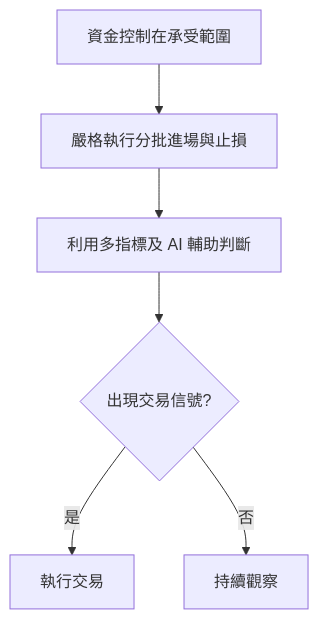
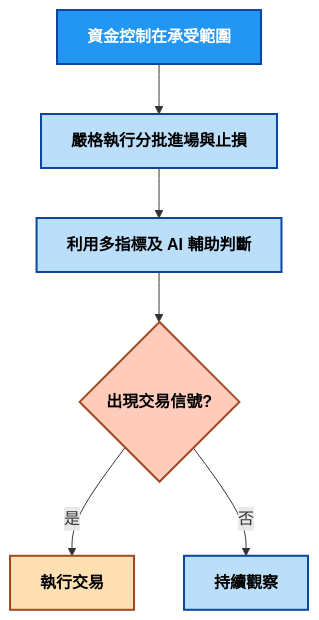
One commit to joysrr/joysrr.github.io changed the fourth of 4 diagrams in Stock/Fundamental Analysis/_posts/2025-09-11-Financial-Report-Leverage.md. Above: the diagram before and after it, drawn with Mermaid. The commit also changed other lines of this file, not shown here.

````diff
--- a/Stock/Fundamental Analysis/_posts/2025-09-11-Financial-Report-Leverage.md
+++ b/Stock/Fundamental Analysis/_posts/2025-09-11-Financial-Report-Leverage.md
@@ -120,9 +140,13 @@
 ```mermaid
 flowchart TD
-    A[資金控制在承受範圍]
-    A --> B[嚴格執行分批進場與止損]
-    B --> C[利用多指標及 AI 輔助判斷]
-    C --> D{出現交易信號?}
-    D -->|是| E[執行交易]
-    D -->|否| F[持續觀察]
+    classDef startend fill:#2196f3,stroke:#0b47a1,stroke-width:2px,color:#fff,font-weight:bold;
+    classDef process fill:#bbdefb,stroke:#0b47a1,stroke-width:2px,color:#000,font-weight:bold;
+    classDef decision fill:#ffccbc,stroke:#a14a22,stroke-width:2px,color:#000,font-weight:bold;
+    classDef action fill:#ffe0b2,stroke:#a14a22,stroke-width:2px,color:#000,font-weight:bold;
+
+    A[資金控制在承受範圍]:::startend --> B[嚴格執行分批進場與止損]:::process
+    B --> C[利用多指標及 AI 輔助判斷]:::process
+    C --> D{出現交易信號?}:::decision
+    D -->|是| E[執行交易]:::action
+    D -->|否| F[持續觀察]:::process
 ```
````
